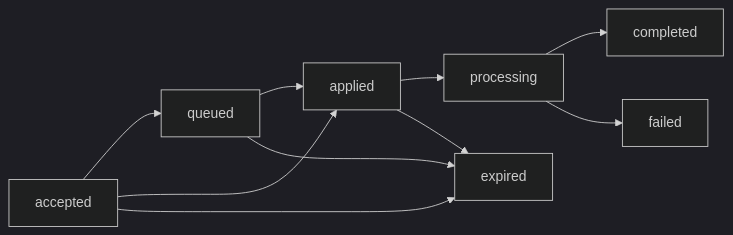
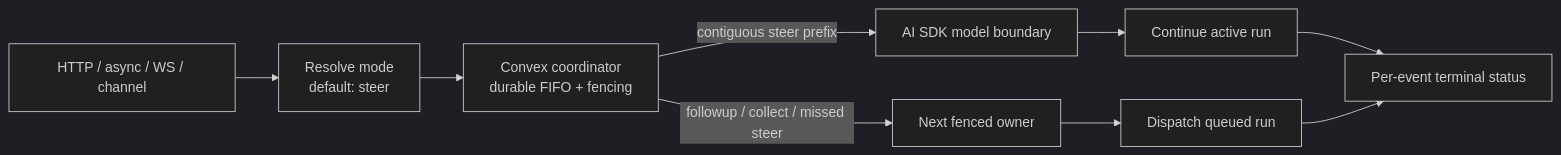
One commit to beeblastco/broods changed the diagram in apps/docs/docs/architecture/queue-and-steer.md. Above: the diagram before and after it, drawn with Mermaid (dark theme). The commit also changed other lines of this file and 23 other files, not shown here.

Commit message:
feat: make steering the default ingress mode

````diff
--- a/apps/docs/docs/architecture/queue-and-steer.md
+++ b/apps/docs/docs/architecture/queue-and-steer.md
@@ -196,12 +201,11 @@
 ```mermaid
 flowchart LR
-  Accepted["accepted"] --> Queued["queued"]
-  Accepted --> Applied["applied"]
-  Queued --> Applied
-  Applied --> Processing["processing"]
-  Processing --> Completed["completed"]
-  Processing --> Failed["failed"]
-  Accepted --> Expired["expired"]
-  Queued --> Expired
-  Applied --> Expired
+  Input["HTTP / async / WS / channel"] --> Resolve["Resolve mode<br/>default: steer"]
+  Resolve --> Convex["Convex coordinator<br/>durable FIFO + fencing"]
+  Convex -->|"contiguous steer prefix"| Boundary["AI SDK model boundary"]
+  Convex -->|"followup / collect / missed steer"| Next["Next fenced owner"]
+  Boundary --> Active["Continue active run"]
+  Next --> Worker["Dispatch queued run"]
+  Active --> Status["Per-event terminal status"]
+  Worker --> Status
 ```
````
